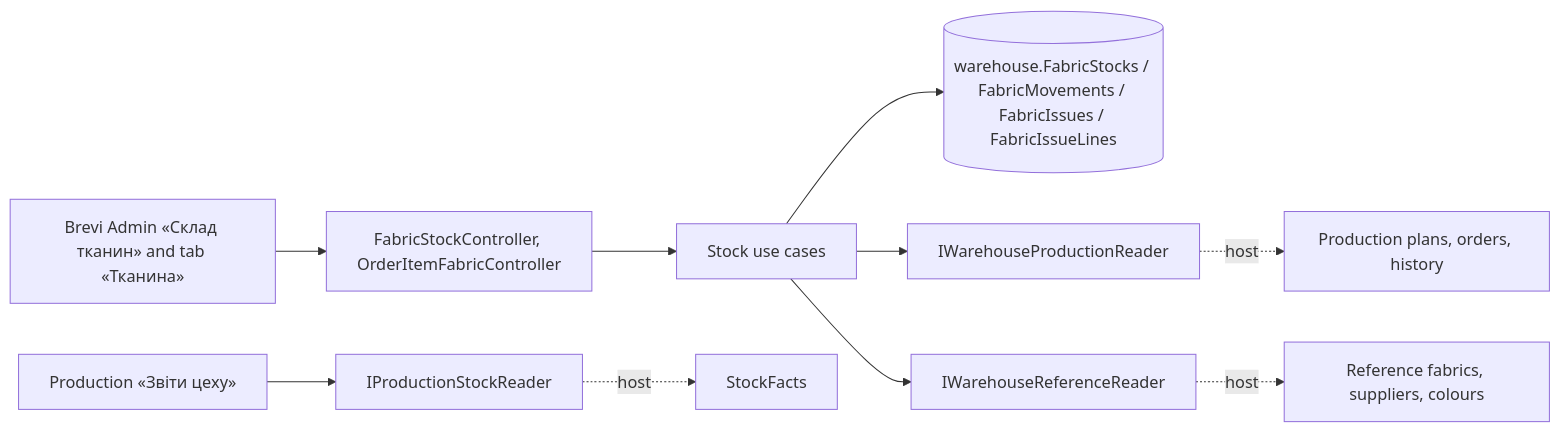
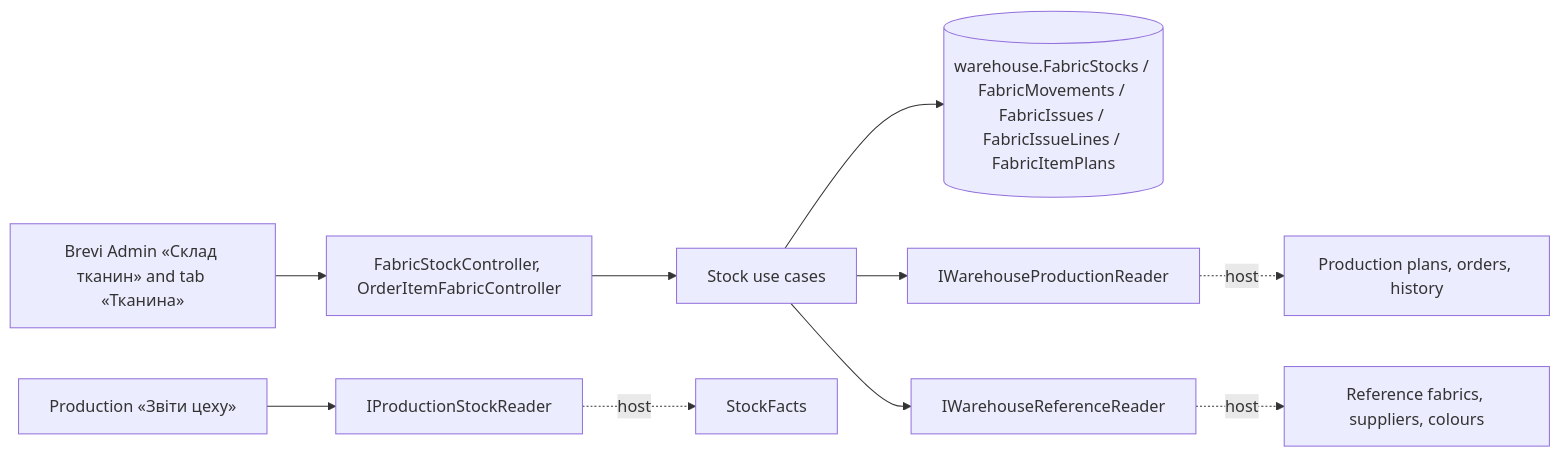
One commit to Weretik/BreviERP changed the diagram in docs/sdd/features/warehouse/fabric-stock.md. Above: the diagram before and after it, drawn with Mermaid. The commit also changed other lines of this file and 36 other files, not shown here.

First line of the commit message:
Issue fabric to an item by actual cutting (WH-004)

````diff
--- a/docs/sdd/features/warehouse/fabric-stock.md
+++ b/docs/sdd/features/warehouse/fabric-stock.md
@@ -49,9 +50,9 @@
 ```mermaid
 flowchart LR
   Admin[Brevi Admin «Склад тканин» and tab «Тканина»] --> Controllers[FabricStockController, OrderItemFabricController]
   Controllers --> UseCases[Stock use cases]
-  UseCases --> Db[(warehouse.FabricStocks / FabricMovements / FabricIssues / FabricIssueLines)]
+  UseCases --> Db[(warehouse.FabricStocks / FabricMovements / FabricIssues / FabricIssueLines / FabricItemPlans)]
   UseCases --> Plan[IWarehouseProductionReader] -.host.-> Production[Production plans, orders, history]
   UseCases --> Reference[IWarehouseReferenceReader] -.host.-> Ref[Reference fabrics, suppliers, colours]
   Reports[Production «Звіти цеху»] --> Port[IProductionStockReader] -.host.-> Facts[StockFacts]
 ```
````
